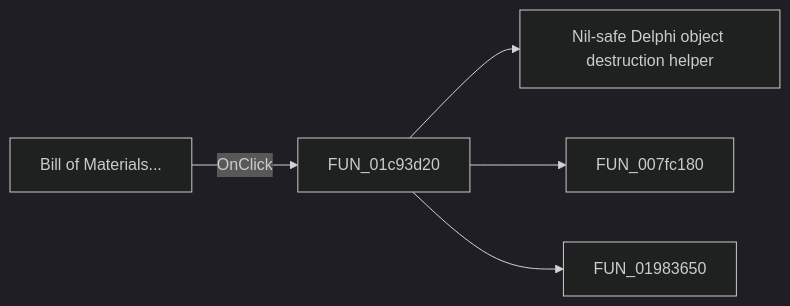
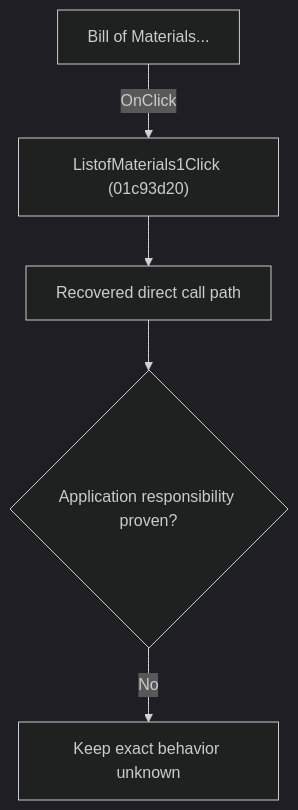
One commit to MovGP0/TIARA changed the diagram in docs/ui-controls/schematiceditor/listofmaterials1-d695ac72de.md. Above: the diagram before and after it, drawn with Mermaid (dark theme). The commit also changed other lines of this file and 1062 other files, not shown here.

````diff
--- a/docs/ui-controls/schematiceditor/listofmaterials1-d695ac72de.md
+++ b/docs/ui-controls/schematiceditor/listofmaterials1-d695ac72de.md
@@ -27,7 +27,7 @@
 ```mermaid
-flowchart LR
-    control["Bill of Materials..."] -->|OnClick| handler["FUN_01c93d20"]
-    handler --> call1["Nil-safe Delphi object destruction helper"]
-    handler --> call2["FUN_007fc180"]
-    handler --> call3["FUN_01983650"]
+flowchart TD
+    control["Bill of Materials..."] -->|"OnClick"| handler["ListofMaterials1Click (01c93d20)"]
+    handler --> recovered["Recovered direct call path"]
+    recovered --> gap{"Application responsibility proven?"}
+    gap -->|"No"| blocked["Keep exact behavior unknown"]
 ```
````
